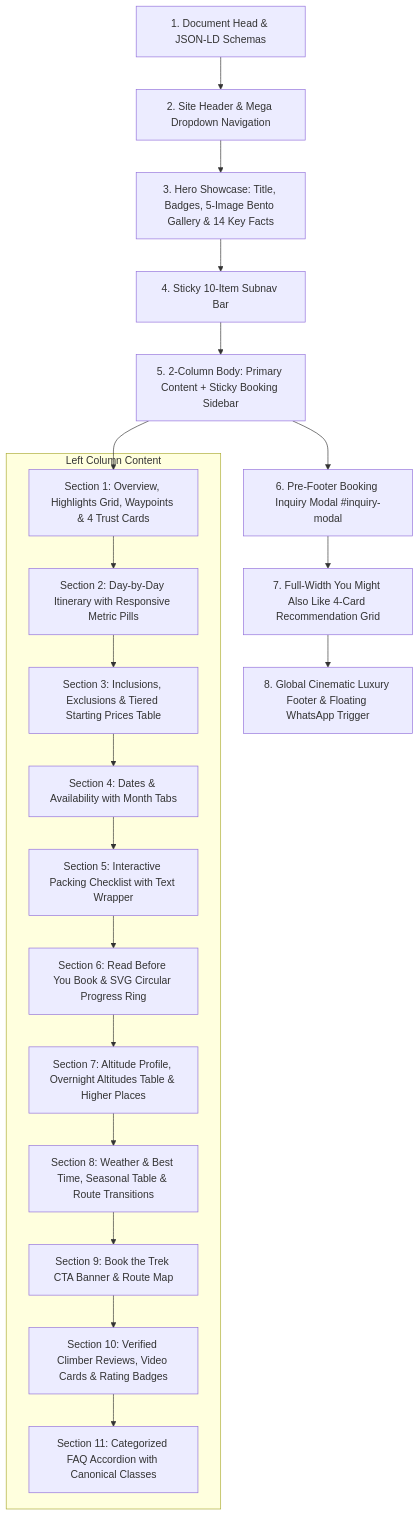
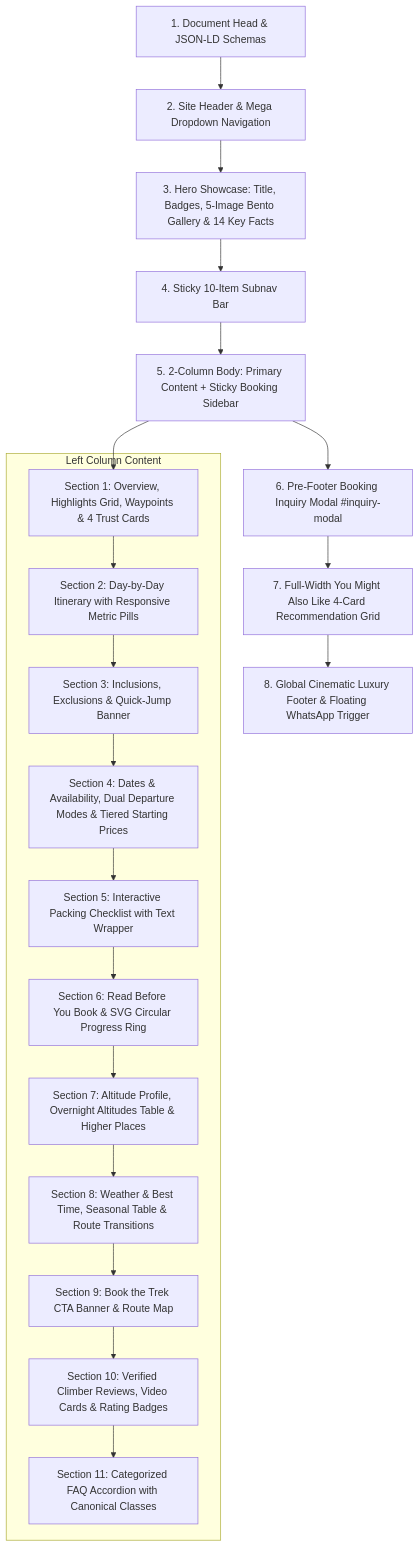
Before and after one commit to cartoonq474-cloud/igloohimalayatreks: the diagram in .agents/skills/trek-page-builder/SKILL.md, drawn with Mermaid. The commit also changed other lines of this file and 97 other files, not shown here.

````diff
--- a/.agents/skills/trek-page-builder/SKILL.md
+++ b/.agents/skills/trek-page-builder/SKILL.md
@@ -135,28 +145,28 @@
 ```mermaid
 graph TD
   A[1. Document Head & JSON-LD Schemas] --> B[2. Site Header & Mega Dropdown Navigation]
   B --> C[3. Hero Showcase: Title, Badges, 5-Image Bento Gallery & 14 Key Facts]
   C --> D[4. Sticky 10-Item Subnav Bar]
   D --> E[5. 2-Column Body: Primary Content + Sticky Booking Sidebar]
   
   subgraph "Left Column Content"
     E1[Section 1: Overview, Highlights Grid, Waypoints & 4 Trust Cards]
     E2[Section 2: Day-by-Day Itinerary with Responsive Metric Pills]
-    E3[Section 3: Inclusions, Exclusions & Tiered Starting Prices Table]
-    E4[Section 4: Dates & Availability with Month Tabs]
+    E3[Section 3: Inclusions, Exclusions & Quick-Jump Banner]
+    E4[Section 4: Dates & Availability, Dual Departure Modes & Tiered Starting Prices]
     E5[Section 5: Interactive Packing Checklist with Text Wrapper]
     E6[Section 6: Read Before You Book & SVG Circular Progress Ring]
     E7[Section 7: Altitude Profile, Overnight Altitudes Table & Higher Places]
     E8[Section 8: Weather & Best Time, Seasonal Table & Route Transitions]
     E9[Section 9: Book the Trek CTA Banner & Route Map]
     E10[Section 10: Verified Climber Reviews, Video Cards & Rating Badges]
     E11[Section 11: Categorized FAQ Accordion with Canonical Classes]
   end
   
   E --> E1
   E1 --> E2 --> E3 --> E4 --> E5 --> E6 --> E7 --> E8 --> E9 --> E10 --> E11
   
   E --> F[6. Pre-Footer Booking Inquiry Modal #inquiry-modal]
   F --> G[7. Full-Width You Might Also Like 4-Card Recommendation Grid]
   G --> H[8. Global Cinematic Luxury Footer & Floating WhatsApp Trigger]
 ```
````
